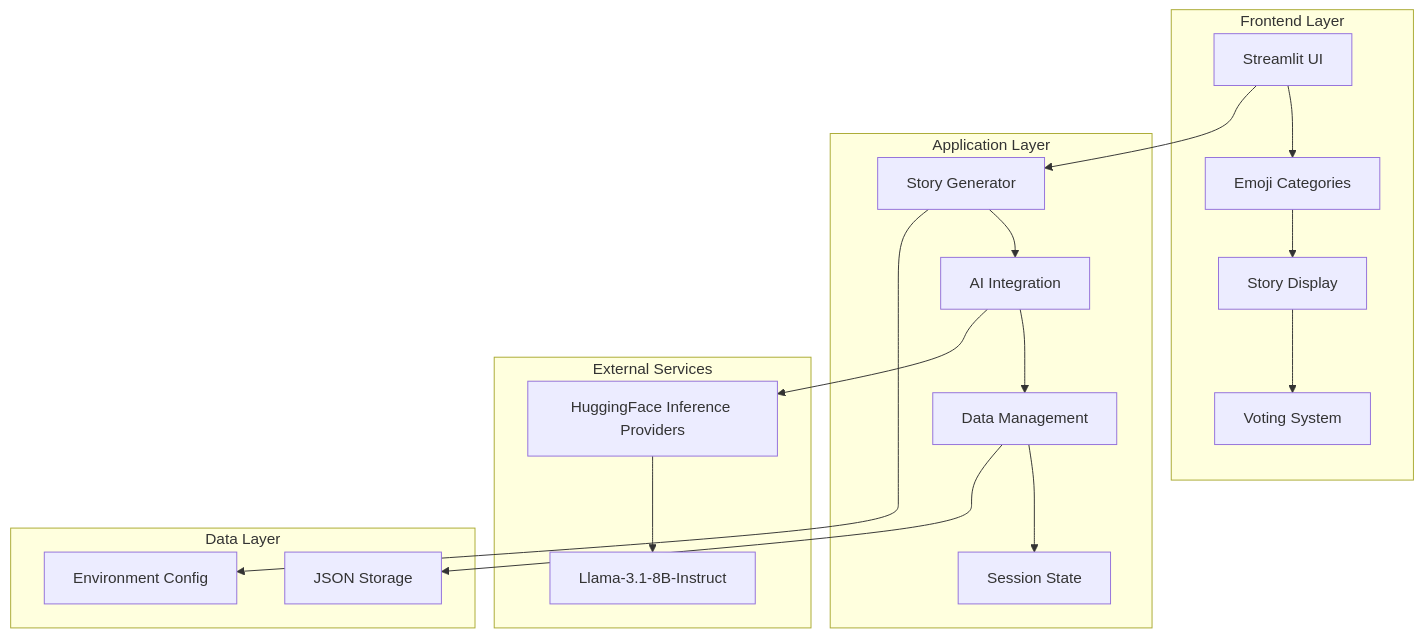
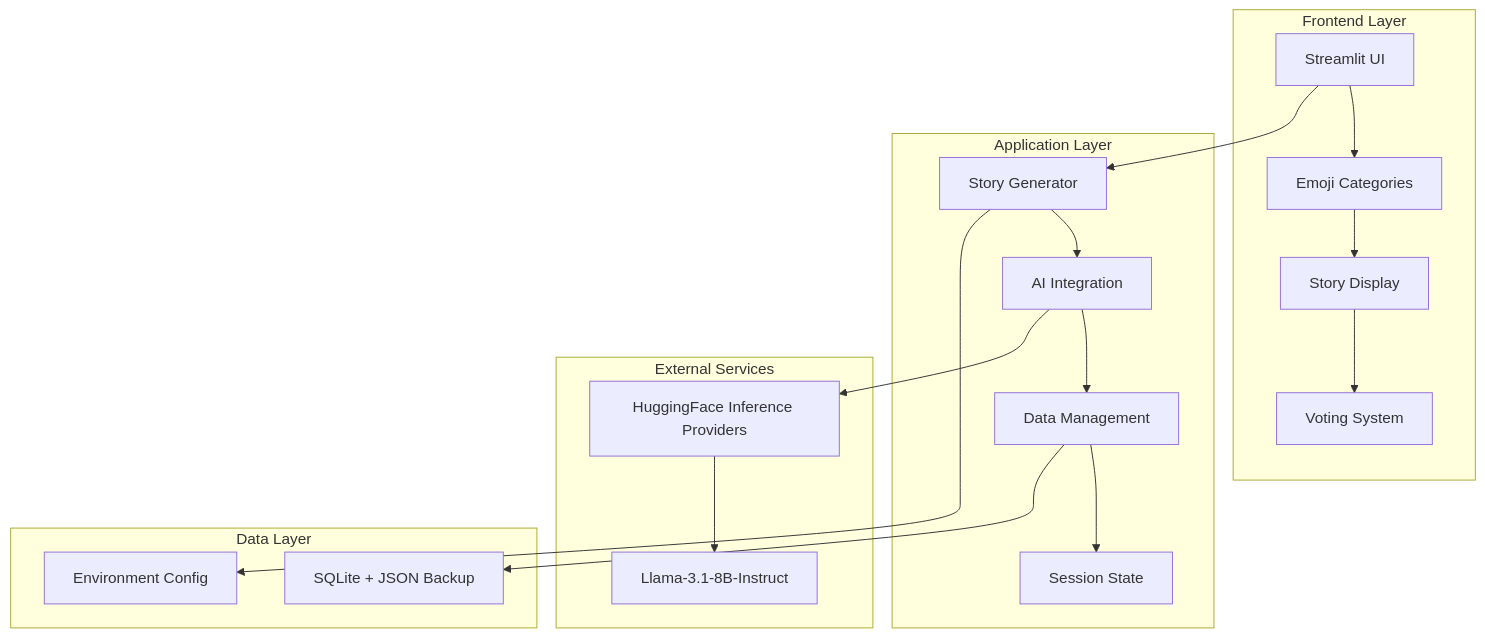
The first of 2 diagrams in README.md (ChanMeng666/emoji-story-generator), drawn with Mermaid before and after one commit. The commit also changed other lines of this file and 3 other files, not shown here.

````diff
--- a/README.md
+++ b/README.md
@@ -294,30 +294,30 @@
 ```mermaid
 graph TB
     subgraph "Frontend Layer"
         A[Streamlit UI] --> B[Emoji Categories]
         B --> C[Story Display]
         C --> D[Voting System]
     end
     
     subgraph "Application Layer"
         E[Story Generator] --> F[AI Integration]
         F --> G[Data Management]
         G --> H[Session State]
     end
     
     subgraph "External Services"
         I[HuggingFace Inference Providers]
         J[Llama-3.1-8B-Instruct]
     end
     
     subgraph "Data Layer"
-        K[JSON Storage]
+        K[SQLite + JSON Backup]
         L[Environment Config]
     end
     
     A --> E
     F --> I
     I --> J
     G --> K
     E --> L
 ```
````
